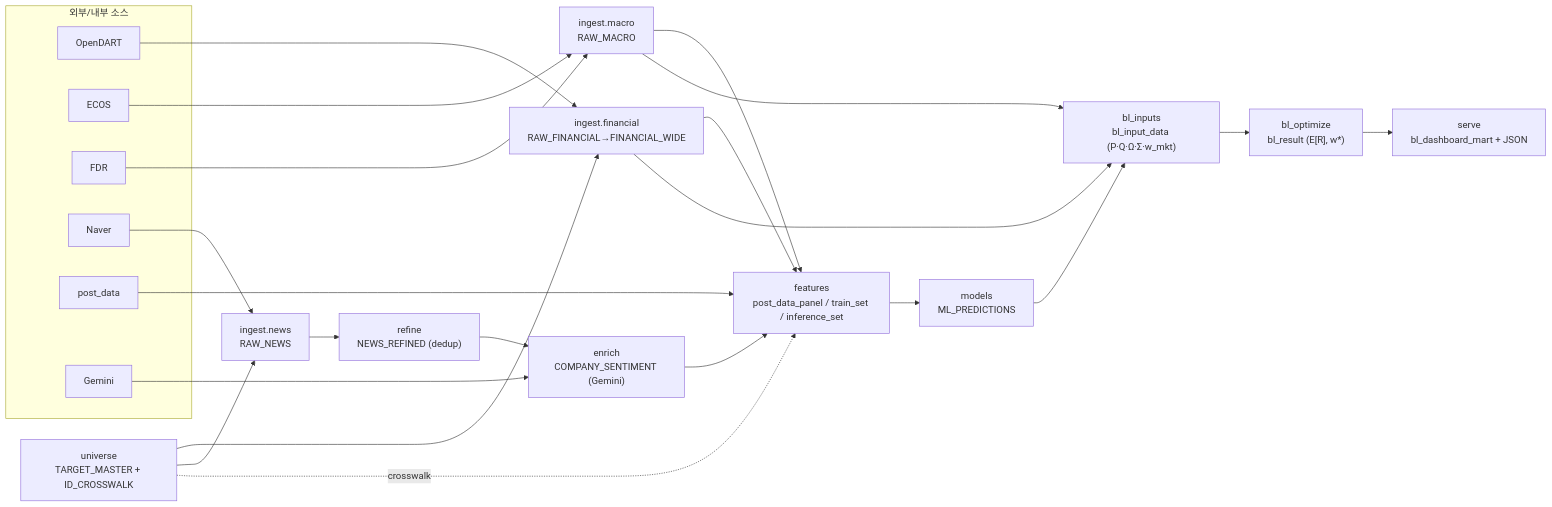
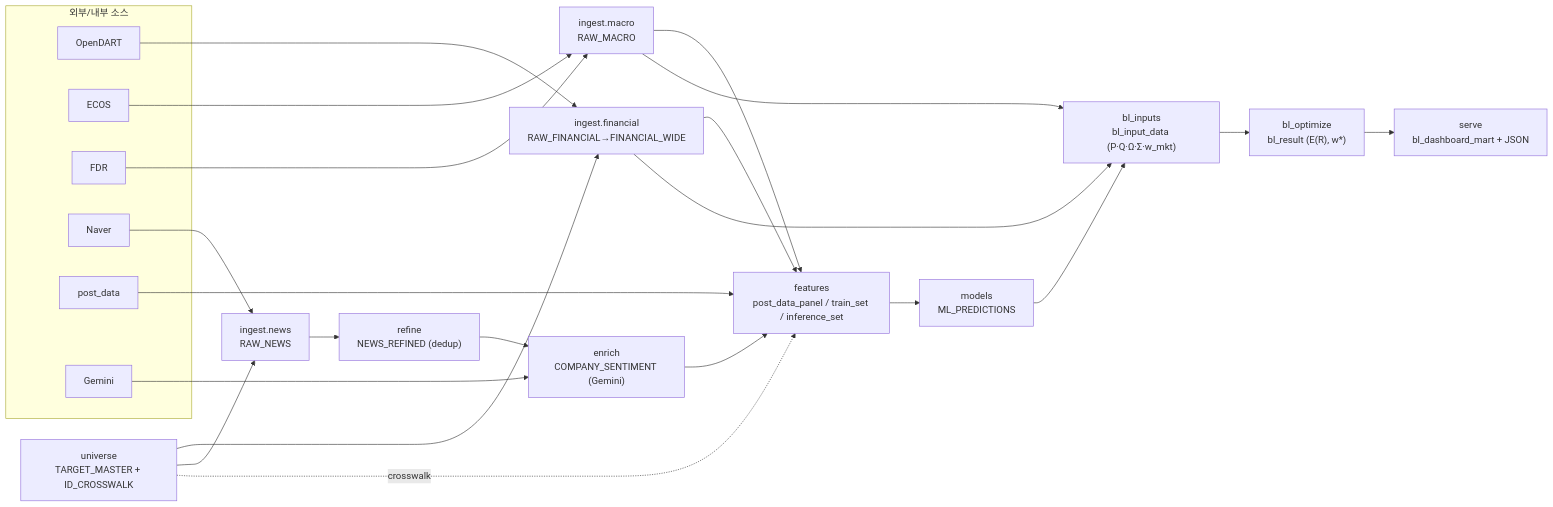
Before and after one commit to blunderblus/black_litterman_project: the first of 5 diagrams in docs/design/02-data-pipeline.md, drawn with Mermaid. The commit also changed other lines of this file and 7 other files, not shown here.

First line of the commit message:
fix(docs): harden Mermaid labels for GitHub render across 8 docs

````diff
--- a/docs/design/02-data-pipeline.md
+++ b/docs/design/02-data-pipeline.md
@@ -87,41 +87,41 @@
 ```mermaid
 flowchart LR
-  subgraph SRC[외부/내부 소스]
+  subgraph SRC["외부/내부 소스"]
     DART[OpenDART]
     ECOS[ECOS]
     FDR[FDR]
     NAVER[Naver]
     POST[post_data]
     GEM[Gemini]
   end
 
   U["universe<br/>TARGET_MASTER + ID_CROSSWALK"]
   IN_F["ingest.financial<br/>RAW_FINANCIAL→FINANCIAL_WIDE"]
   IN_M["ingest.macro<br/>RAW_MACRO"]
   IN_N["ingest.news<br/>RAW_NEWS"]
   RF["refine<br/>NEWS_REFINED (dedup)"]
   EN["enrich<br/>COMPANY_SENTIMENT (Gemini)"]
   FE["features<br/>post_data_panel / train_set / inference_set"]
   ML["models<br/>ML_PREDICTIONS"]
   BI["bl_inputs<br/>bl_input_data (P·Q·Ω·Σ·w_mkt)"]
-  BO["bl_optimize<br/>bl_result (E[R], w*)"]
+  BO["bl_optimize<br/>bl_result (E(R), w*)"]
   SV["serve<br/>bl_dashboard_mart + JSON"]
 
   DART --> IN_F
   ECOS --> IN_M
   FDR --> IN_M
   NAVER --> IN_N
   POST --> FE
   GEM --> EN
 
   U --> IN_F
   U --> IN_N
   IN_F --> FE
   IN_M --> FE
   IN_N --> RF --> EN --> FE
   U -. crosswalk .-> FE
   FE --> ML --> BI
   IN_F --> BI
   IN_M --> BI
   BI --> BO --> SV
 ```
````
